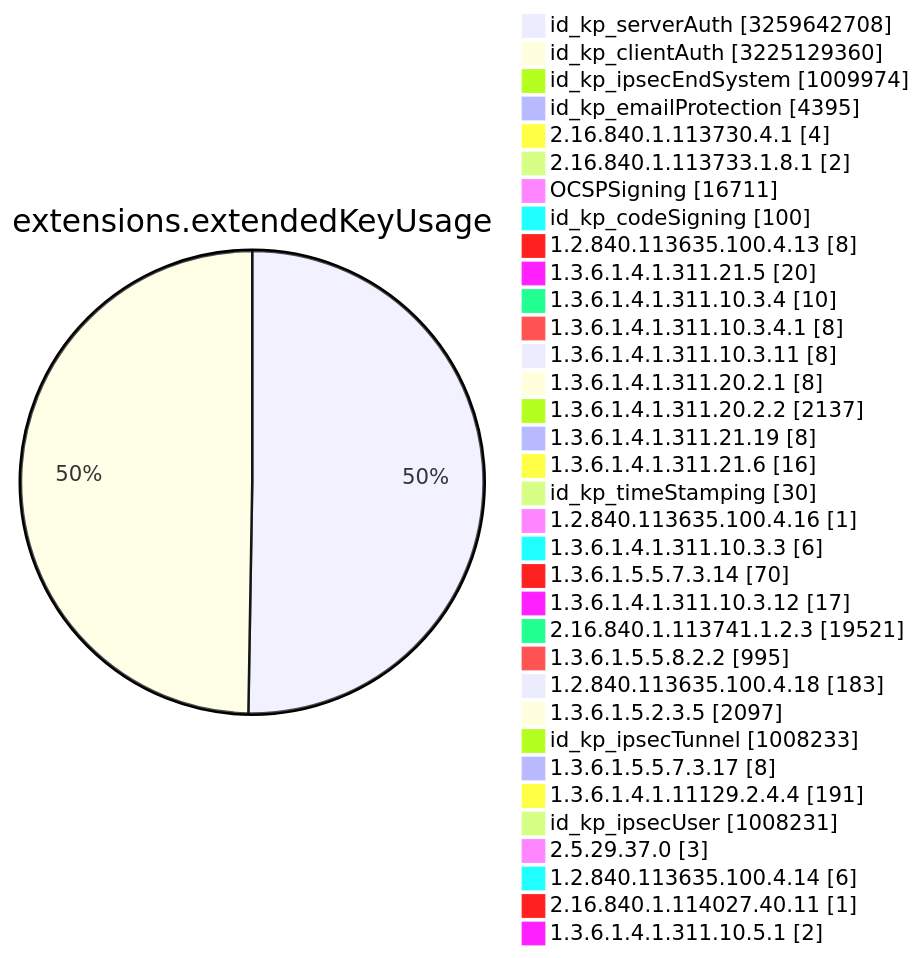
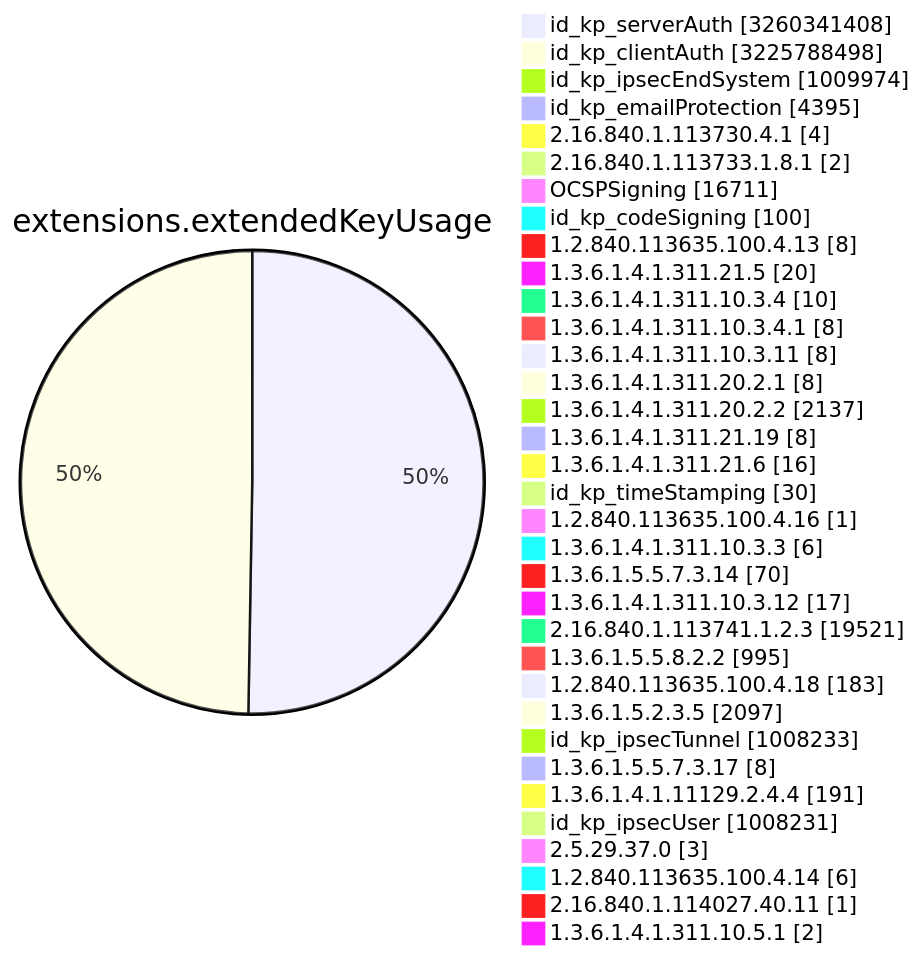
One commit to christiankrug/ctmonitor_visualization changed diagram 11 of 15 in TOTAL/README.md. Above: the diagram before and after it, drawn with Mermaid. The commit also changed other lines of this file, not shown here.

````diff
--- a/TOTAL/README.md
+++ b/TOTAL/README.md
@@ -4119,38 +4119,38 @@
 ```mermaid
 pie showData
 title extensions.extendedKeyUsage
-"id_kp_serverAuth" :3259642708
-"id_kp_clientAuth" :3225129360
+"id_kp_serverAuth" :3260341408
+"id_kp_clientAuth" :3225788498
 "id_kp_ipsecEndSystem" :1009974
 "id_kp_emailProtection" :4395
 "2.16.840.1.113730.4.1" :4
 "2.16.840.1.113733.1.8.1" :2
 "OCSPSigning" :16711
 "id_kp_codeSigning" :100
 "1.2.840.113635.100.4.13" :8
 "1.3.6.1.4.1.311.21.5" :20
 "1.3.6.1.4.1.311.10.3.4" :10
 "1.3.6.1.4.1.311.10.3.4.1" :8
 "1.3.6.1.4.1.311.10.3.11" :8
 "1.3.6.1.4.1.311.20.2.1" :8
 "1.3.6.1.4.1.311.20.2.2" :2137
 "1.3.6.1.4.1.311.21.19" :8
 "1.3.6.1.4.1.311.21.6" :16
 "id_kp_timeStamping" :30
 "1.2.840.113635.100.4.16" :1
 "1.3.6.1.4.1.311.10.3.3" :6
 "1.3.6.1.5.5.7.3.14" :70
 "1.3.6.1.4.1.311.10.3.12" :17
 "2.16.840.1.113741.1.2.3" :19521
 "1.3.6.1.5.5.8.2.2" :995
 "1.2.840.113635.100.4.18" :183
 "1.3.6.1.5.2.3.5" :2097
 "id_kp_ipsecTunnel" :1008233
 "1.3.6.1.5.5.7.3.17" :8
 "1.3.6.1.4.1.11129.2.4.4" :191
 "id_kp_ipsecUser" :1008231
 "2.5.29.37.0" :3
 "1.2.840.113635.100.4.14" :6
 "2.16.840.1.114027.40.11" :1
 "1.3.6.1.4.1.311.10.5.1" :2
 ```
````
